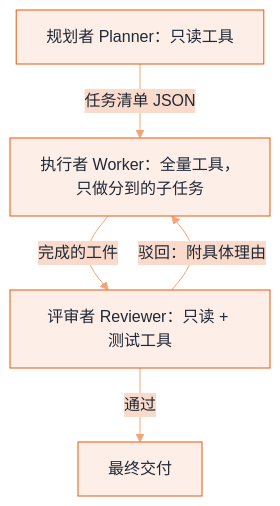
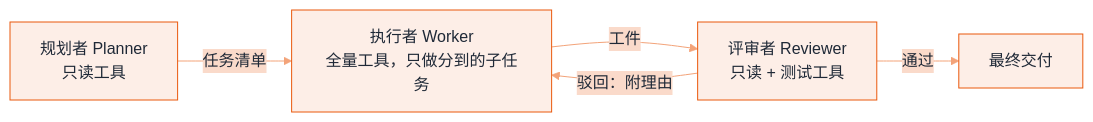
The diagram in docs/08-multi-agent/role-assignment.md (funny8kids/ai-agent-handbook), drawn with Mermaid before and after one commit. The commit also changed other lines of this file and 45 other files, not shown here.

First line of the commit message:
Thicken 12 thin pages, clear 25 over-width diagrams, re-proportion 10 thin-ribbon diagrams

````diff
--- a/docs/08-multi-agent/role-assignment.md
+++ b/docs/08-multi-agent/role-assignment.md
@@ -35,8 +36,8 @@
 ```mermaid
 %%{init: {"theme":"base","themeVariables":{"primaryColor":"#FDEEE7","primaryBorderColor":"#EA580C","primaryTextColor":"#1F2937","secondaryColor":"#FADACA","tertiaryColor":"#FEF8F5","lineColor":"#F3A379","actorBkg":"#FDF2EC","actorBorder":"#EA580C","actorTextColor":"#1F2937","signalColor":"#F08A55","noteBkgColor":"#FBE1D3","noteBorderColor":"#EA580C","noteTextColor":"#1F2937","labelBoxBkgColor":"#FDEEE7","labelBoxBorderColor":"#EA580C"}}}%%
-flowchart TD
-    P["规划者 Planner：只读工具"] -->|"任务清单 JSON"| W["执行者 Worker：全量工具，只做分到的子任务"]
-    W -->|"完成的工件"| R["评审者 Reviewer：只读 + 测试工具"]
-    R -->|"驳回：附具体理由"| W
+flowchart LR
+    P["规划者 Planner<br/>只读工具"] -->|"任务清单"| W["执行者 Worker<br/>全量工具，只做分到的子任务"]
+    W -->|"工件"| R["评审者 Reviewer<br/>只读 + 测试工具"]
+    R -->|"驳回：附理由"| W
     R -->|"通过"| O["最终交付"]
 ```
````
